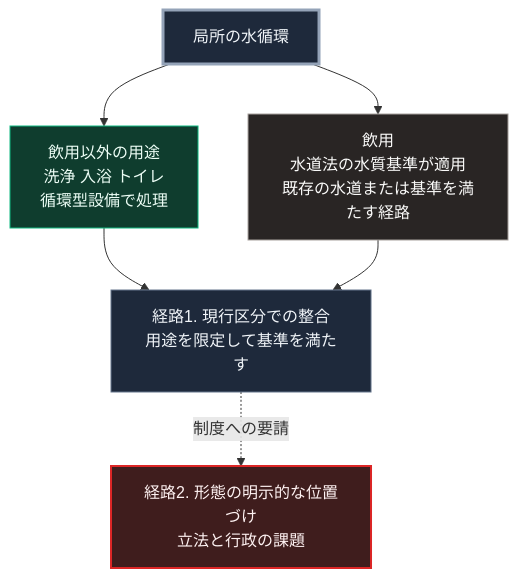
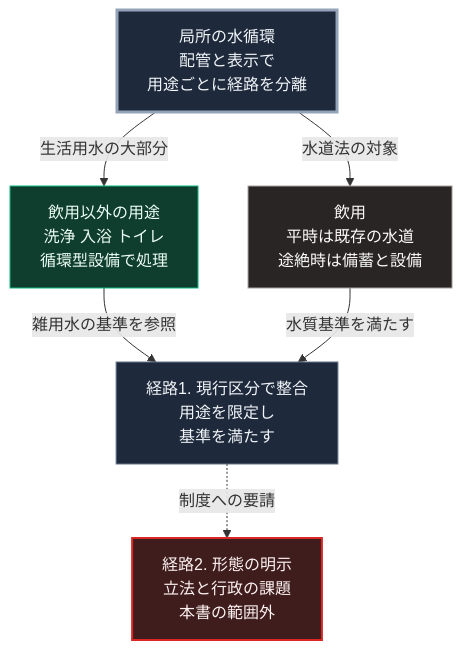
Before and after one commit to Takenori-Kusaka/zenn-content: the diagram in books/sovereign-resilience-blueprint/54_water-supply-act-compliance.md, drawn with Mermaid. The commit also changed other lines of this file and 114 other files, not shown here.

````diff
--- a/books/sovereign-resilience-blueprint/54_water-supply-act-compliance.md
+++ b/books/sovereign-resilience-blueprint/54_water-supply-act-compliance.md
@@ -57,15 +57,16 @@
 ```mermaid
 flowchart TD
-    U[局所の水循環]
-    U --> A[飲用以外の用途<br>洗浄 入浴 トイレ<br>循環型設備で処理]
-    U --> B[飲用<br>水道法の水質基準が適用<br>既存の水道または基準を満たす経路]
-    A --> R1[経路1. 現行区分での整合<br>用途を限定して基準を満たす]
-    B --> R1
-    R1 -.->|制度への要請| R2[経路2. 形態の明示的な位置づけ<br>立法と行政の課題]
+    U[局所の水循環<br>配管と表示で<br>用途ごとに経路を分離]
+    U -->|生活用水の大部分| A[飲用以外の用途<br>洗浄 入浴 トイレ<br>循環型設備で処理]
+    U -->|水道法の対象| B[飲用<br>平時は既存の水道<br>途絶時は備蓄と設備]
+    A -->|雑用水の基準を参照| R1
+    B -->|水質基準を満たす| R1
+    R1[経路1. 現行区分で整合<br>用途を限定し<br>基準を満たす]
+    R1 -.->|制度への要請| R2[経路2. 形態の明示<br>立法と行政の課題<br>本書の範囲外]
 
     style U fill:#1e293b,stroke:#94a3b8,stroke-width:3px,color:#f1f5f9
     style A fill:#0f3d2e,stroke:#10b981,color:#ecfdf5
     style B fill:#292524,stroke:#a8a29e,color:#fafaf9
     style R1 fill:#1e293b,stroke:#64748b,color:#f1f5f9
     style R2 fill:#3f1d1d,stroke:#dc2626,stroke-width:2px,color:#fef2f2
 ```
````
